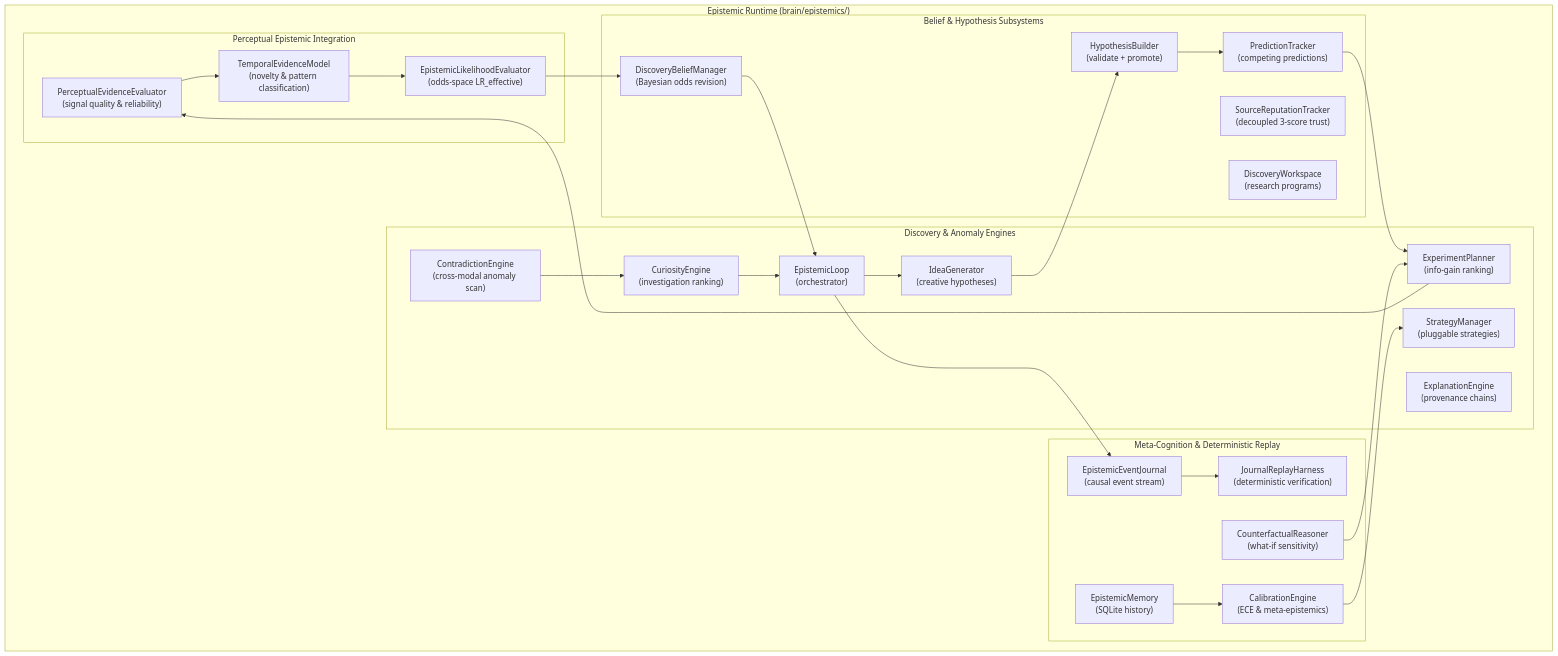
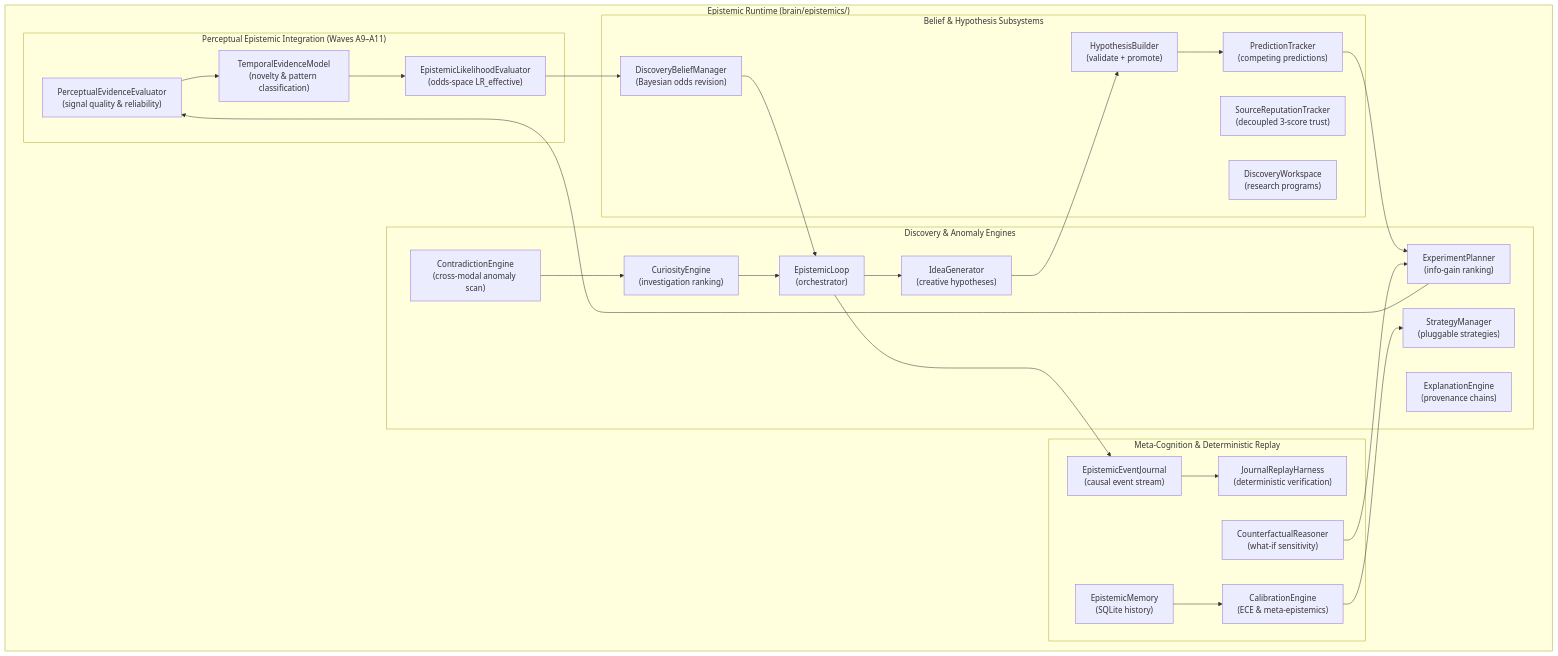
One commit to HBLLM/hbllm-core changed the first of 2 diagrams in docs/architecture/epistemics.md. Above: the diagram before and after it, drawn with Mermaid. The commit also changed other lines of this file, not shown here.

Commit message:
docs(epistemics): preserve full discovery loop, calibration, counterfactual, and strategy documentation alongside Waves A9-A11

````diff
--- a/docs/architecture/epistemics.md
+++ b/docs/architecture/epistemics.md
@@ -140,55 +142,55 @@
 ```mermaid
 graph TB
     subgraph "Epistemic Runtime (brain/epistemics/)"
-        subgraph "Perceptual Epistemic Integration"
+        subgraph "Perceptual Epistemic Integration (Waves A9–A11)"
             PEE["PerceptualEvidenceEvaluator\n(signal quality & reliability)"]
             TEM["TemporalEvidenceModel\n(novelty & pattern classification)"]
             ELE["EpistemicLikelihoodEvaluator\n(odds-space LR_effective)"]
         end
 
         subgraph "Belief & Hypothesis Subsystems"
             BM["DiscoveryBeliefManager\n(Bayesian odds revision)"]
             REP["SourceReputationTracker\n(decoupled 3-score trust)"]
             WS["DiscoveryWorkspace\n(research programs)"]
             HB["HypothesisBuilder\n(validate + promote)"]
             PT["PredictionTracker\n(competing predictions)"]
         end
 
         subgraph "Discovery & Anomaly Engines"
             CUR["CuriosityEngine\n(investigation ranking)"]
             IG["IdeaGenerator\n(creative hypotheses)"]
             EP["ExperimentPlanner\n(info-gain ranking)"]
             CE["ContradictionEngine\n(cross-modal anomaly scan)"]
             EX["ExplanationEngine\n(provenance chains)"]
             RS["StrategyManager\n(pluggable strategies)"]
             LOOP["EpistemicLoop\n(orchestrator)"]
         end
 
         subgraph "Meta-Cognition & Deterministic Replay"
             MEM["EpistemicMemory\n(SQLite history)"]
             CAL["CalibrationEngine\n(ECE & meta-epistemics)"]
             CF["CounterfactualReasoner\n(what-if sensitivity)"]
             JRN["EpistemicEventJournal\n(causal event stream)"]
             RPL["JournalReplayHarness\n(deterministic verification)"]
         end
     end
 
     PEE --> TEM
     TEM --> ELE
     ELE --> BM
     BM --> LOOP
 
     CUR --> LOOP
     LOOP --> IG
     IG --> HB
     HB --> PT
     PT --> EP
     EP --> PEE
     CE --> CUR
 
     LOOP --> JRN
     JRN --> RPL
     MEM --> CAL
     CAL --> RS
     CF --> EP
 ```
````
